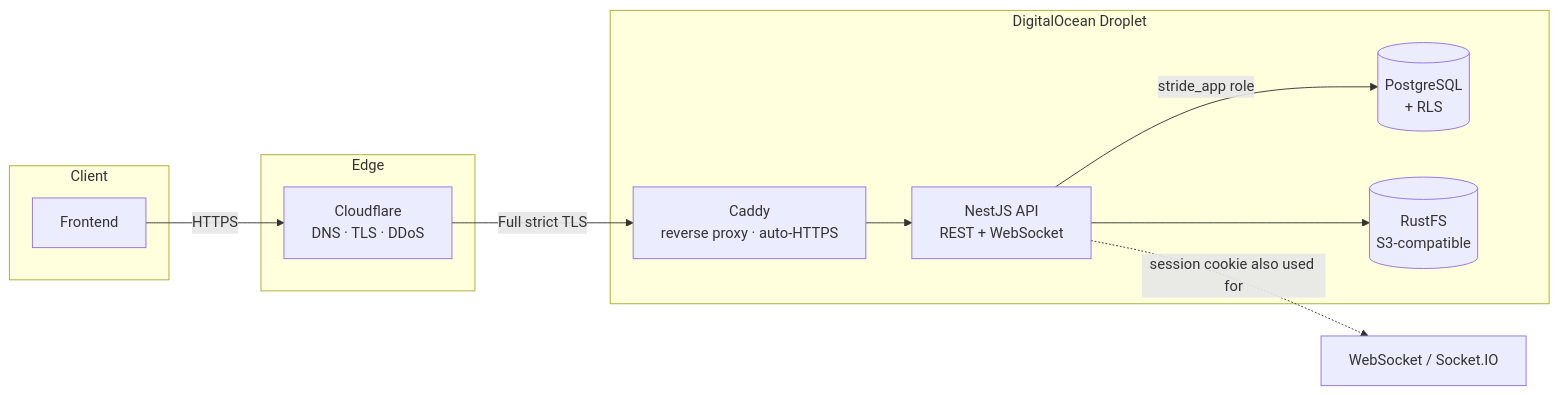
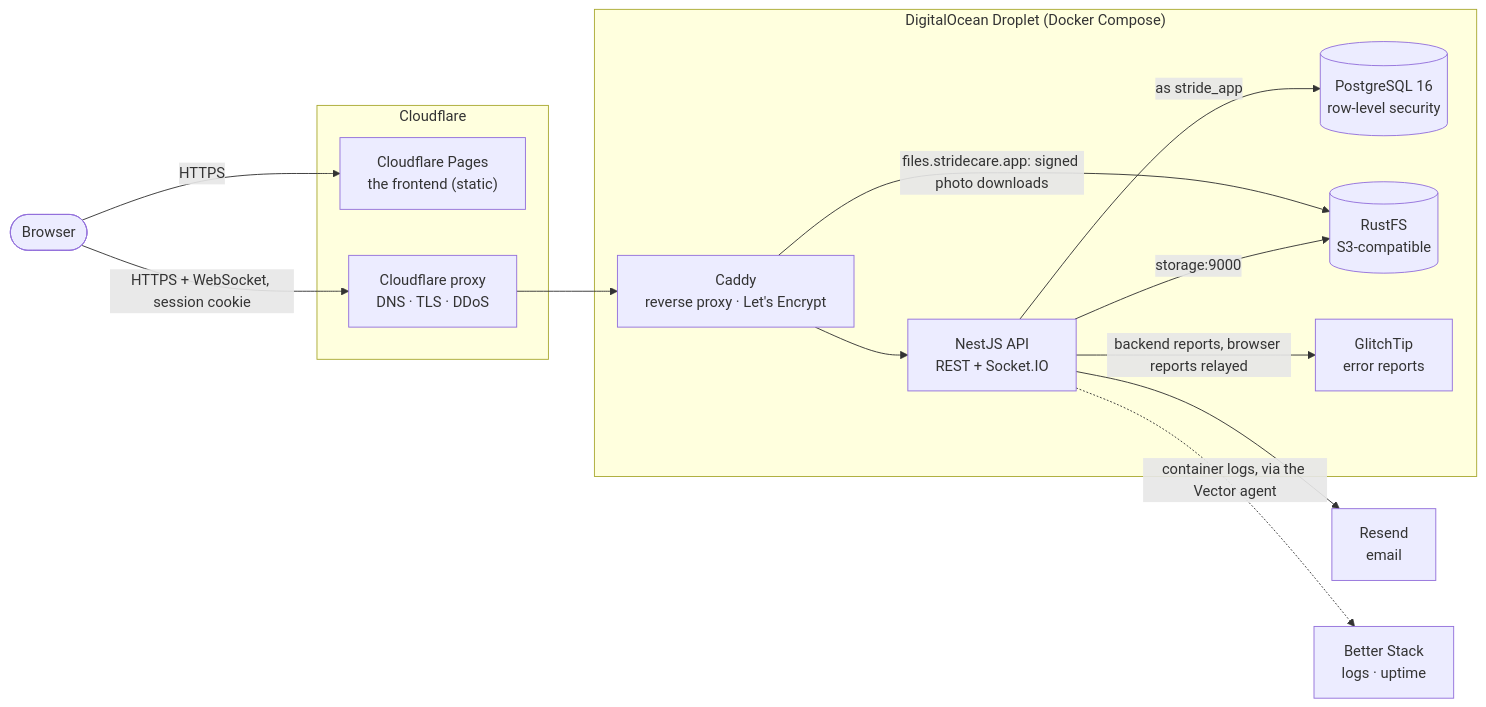
The first of 2 diagrams in docs/ARCHITECTURE.md (julienjave/Stride-backend), drawn with Mermaid before and after one commit. The commit also changed other lines of this file and 10 other files, not shown here.

Commit message:
- Fix: Storage url for production mode - Update: Documentation - ARCHITECTURE

````diff
--- a/docs/ARCHITECTURE.md
+++ b/docs/ARCHITECTURE.md
@@ -23,22 +35,29 @@
 ```mermaid
 flowchart LR
-    subgraph Client
-        FE[Frontend]
+    Browser([Browser])
+
+    subgraph Cloudflare
+        Pages["Cloudflare Pages<br/>the frontend (static)"]
+        Proxy["Cloudflare proxy<br/>DNS · TLS · DDoS"]
     end
 
-    subgraph Edge
-        CF[Cloudflare<br/>DNS · TLS · DDoS]
+    subgraph Droplet["DigitalOcean Droplet (Docker Compose)"]
+        Caddy["Caddy<br/>reverse proxy · Let's Encrypt"]
+        API["NestJS API<br/>REST + Socket.IO"]
+        DB[("PostgreSQL 16<br/>row-level security")]
+        Storage[("RustFS<br/>S3-compatible")]
+        GT["GlitchTip<br/>error reports"]
     end
 
-    subgraph Droplet["DigitalOcean Droplet"]
-        Caddy[Caddy<br/>reverse proxy · auto-HTTPS]
-        API[NestJS API<br/>REST + WebSocket]
-        DB[(PostgreSQL<br/>+ RLS)]
-        Storage[(RustFS<br/>S3-compatible)]
-    end
+    Resend["Resend<br/>email"]
+    BS["Better Stack<br/>logs · uptime"]
 
-    FE -->|HTTPS| CF -->|Full strict TLS| Caddy --> API
-    API -->|stride_app role| DB
-    API --> Storage
-    API -.session cookie also used for.-> WS[WebSocket / Socket.IO]
+    Browser -->|"HTTPS"| Pages
+    Browser -->|"HTTPS + WebSocket, session cookie"| Proxy --> Caddy --> API
+    Caddy -->|"files.stridecare.app: signed photo downloads"| Storage
+    API -->|"as stride_app"| DB
+    API -->|"storage:9000"| Storage
+    API -->|"backend reports, browser reports relayed"| GT
+    API --> Resend
+    API -.->|"container logs, via the Vector agent"| BS
 ```
````
